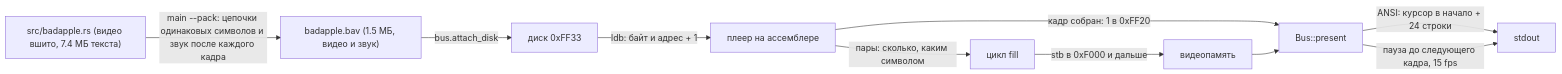
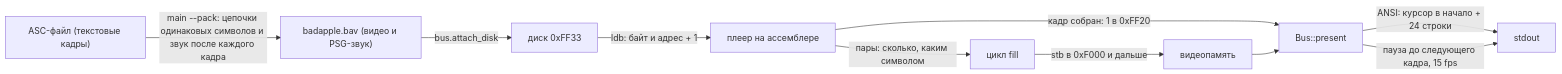
Before and after one commit to loki5512344ss/SummumOS: diagram 13 of 40 in чертежи.md, drawn with Mermaid. The commit also changed other lines of this file and 40 other files, not shown here.

````diff
--- a/чертежи.md
+++ b/чертежи.md
@@ -311,12 +316,12 @@
 ```mermaid
 graph LR
-    asc["src/badapple.rs (видео вшито, 7.4 МБ текста)"] -->|"main --pack: цепочки одинаковых символов и звук после каждого кадра"| bav["badapple.bav (1.5 МБ, видео и звук)"]
+    asc["ASC-файл (текстовые кадры)"] -->|"main --pack: цепочки одинаковых символов и звук после каждого кадра"| bav["badapple.bav (видео и PSG-звук)"]
     bav -->|"bus.attach_disk"| disk["диск 0xFF33"]
     disk -->|"ldb: байт и адрес + 1"| player["плеер на ассемблере"]
     player -->|"пары: сколько, каким символом"| fill["цикл fill"]
     fill -->|"stb в 0xF000 и дальше"| vram["видеопамять"]
     player -->|"кадр собран: 1 в 0xFF20"| vid["Bus::present"]
     vram --> vid
     vid -->|"ANSI: курсор в начало + 24 строки"| out["stdout"]
     vid -->|"пауза до следующего кадра, 15 fps"| out
 ```
````
